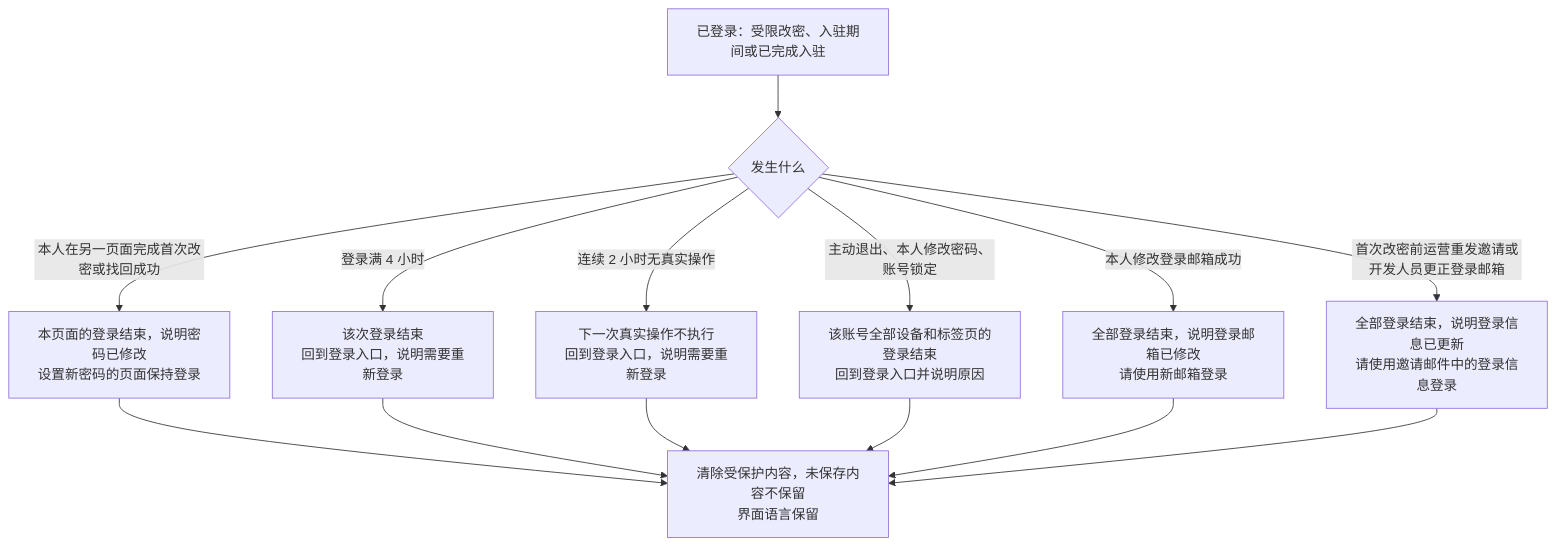
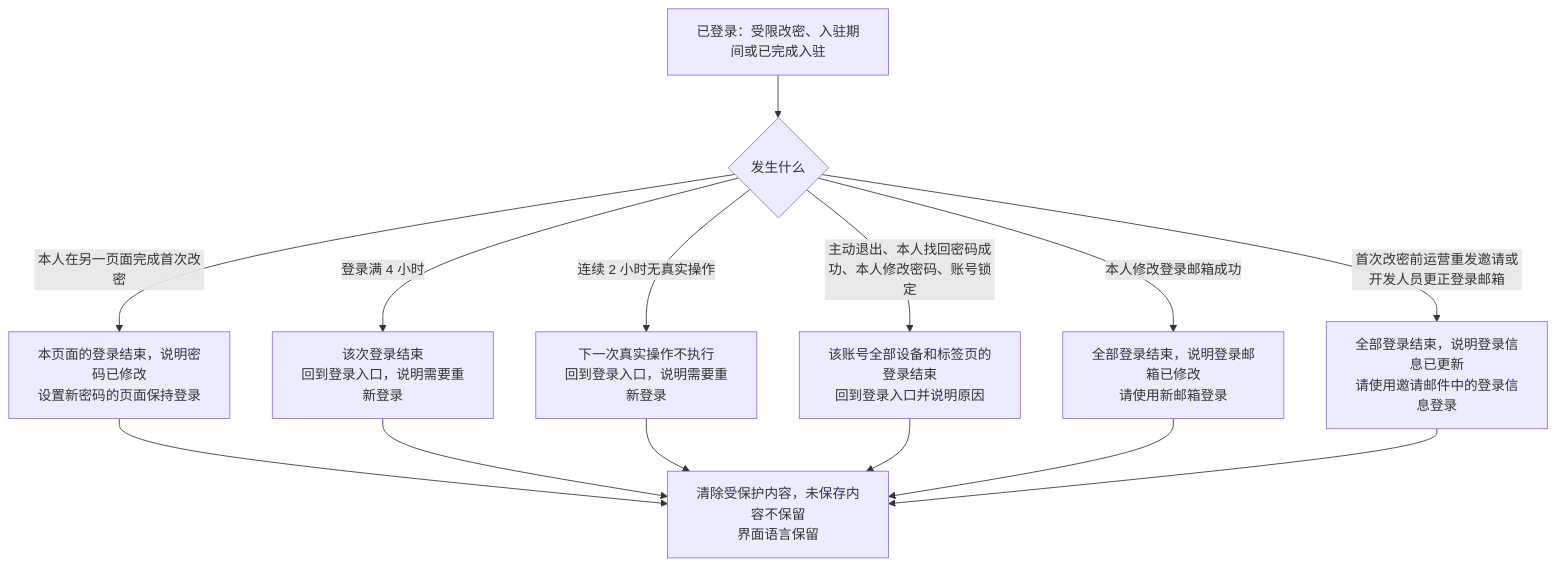
Before and after one commit to wxblockchain/Chain-Financing: the sixth of 11 diagrams in asset-trust-platform/PRD/企业端/M1-企业登录与首次入驻/02-企业登录与首次入驻-流程图与状态机.md, drawn with Mermaid. The commit also changed other lines of this file and 4 other files, not shown here.

````diff
--- a/asset-trust-platform/PRD/企业端/M1-企业登录与首次入驻/02-企业登录与首次入驻-流程图与状态机.md
+++ b/asset-trust-platform/PRD/企业端/M1-企业登录与首次入驻/02-企业登录与首次入驻-流程图与状态机.md
@@ -183,16 +183,16 @@
 ```mermaid
 flowchart TD
     A[已登录：受限改密、入驻期间或已完成入驻] --> B{发生什么}
     B -->|登录满 4 小时| E[该次登录结束<br/>回到登录入口，说明需要重新登录]
     B -->|连续 2 小时无真实操作| F[下一次真实操作不执行<br/>回到登录入口，说明需要重新登录]
-    B -->|主动退出、本人修改密码、账号锁定| G[该账号全部设备和标签页的登录结束<br/>回到登录入口并说明原因]
-    B -->|本人在另一页面完成首次改密或找回成功| G2[本页面的登录结束，说明密码已修改<br/>设置新密码的页面保持登录]
+    B -->|主动退出、本人找回密码成功、本人修改密码、账号锁定| G[该账号全部设备和标签页的登录结束<br/>回到登录入口并说明原因]
+    B -->|本人在另一页面完成首次改密| G2[本页面的登录结束，说明密码已修改<br/>设置新密码的页面保持登录]
     G2 --> Z
     B -->|本人修改登录邮箱成功| H[全部登录结束，说明登录邮箱已修改<br/>请使用新邮箱登录]
     B -->|首次改密前运营重发邀请或开发人员更正登录邮箱| I[全部登录结束，说明登录信息已更新<br/>请使用邀请邮件中的登录信息登录]
     E --> Z[清除受保护内容，未保存内容不保留<br/>界面语言保留]
     F --> Z
     G --> Z
     H --> Z
     I --> Z
 ```
````
